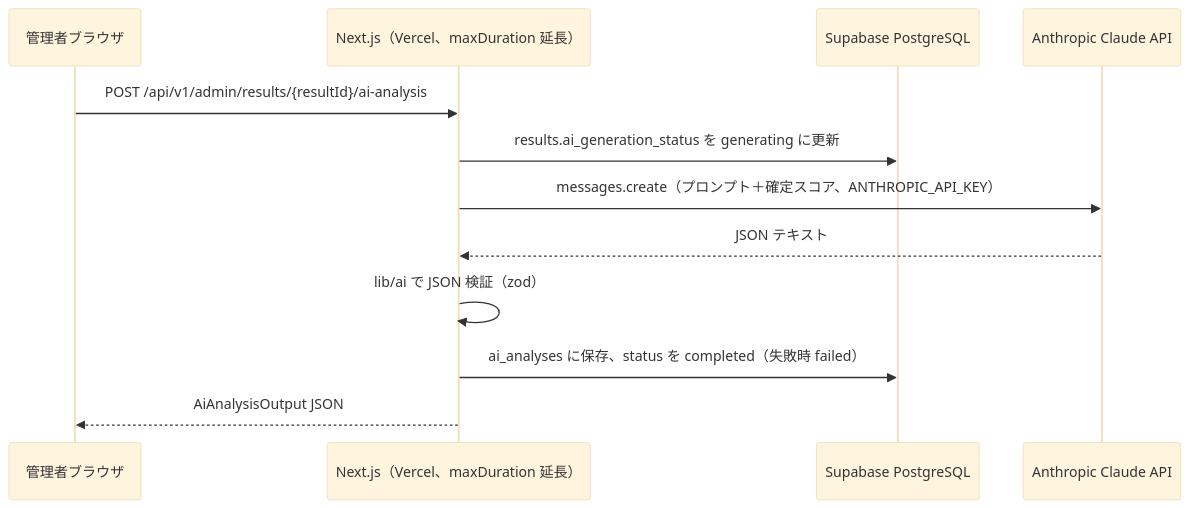
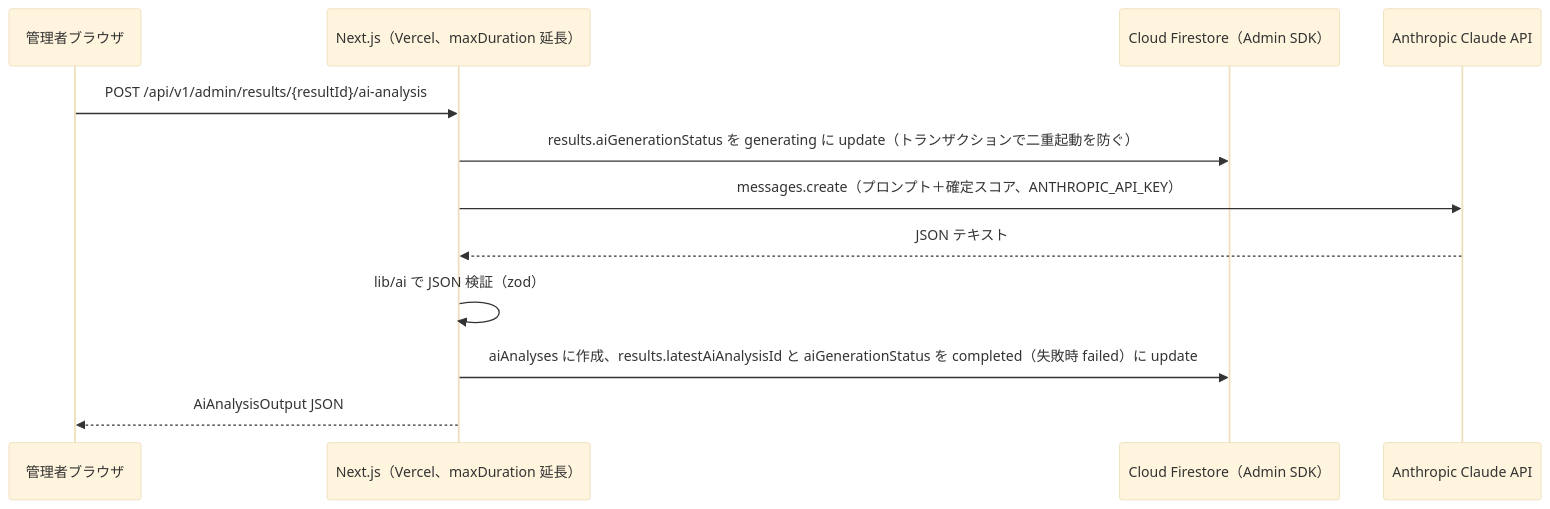
Before and after one commit to tanukichiyamaguchi/Tekisei-Kensa: the fifth of 7 diagrams in docs/基本設計/01_システム構成.md, drawn with Mermaid (base theme). The commit also changed other lines of this file and 2 other files, not shown here.

````diff
--- a/docs/基本設計/01_システム構成.md
+++ b/docs/基本設計/01_システム構成.md
@@ -154,14 +189,14 @@
 ```mermaid
 sequenceDiagram
     participant A as 管理者ブラウザ
     participant N as Next.js（Vercel、maxDuration 延長）
-    participant DB as Supabase PostgreSQL
+    participant FS as Cloud Firestore（Admin SDK）
     participant C as Anthropic Claude API
     A->>N: POST /api/v1/admin/results/{resultId}/ai-analysis
-    N->>DB: results.ai_generation_status を generating に更新
+    N->>FS: results.aiGenerationStatus を generating に update（トランザクションで二重起動を防ぐ）
     N->>C: messages.create（プロンプト＋確定スコア、ANTHROPIC_API_KEY）
     C-->>N: JSON テキスト
     N->>N: lib/ai で JSON 検証（zod）
-    N->>DB: ai_analyses に保存、status を completed（失敗時 failed）
+    N->>FS: aiAnalyses に作成、results.latestAiAnalysisId と aiGenerationStatus を completed（失敗時 failed）に update
     N-->>A: AiAnalysisOutput JSON
 ```
````
